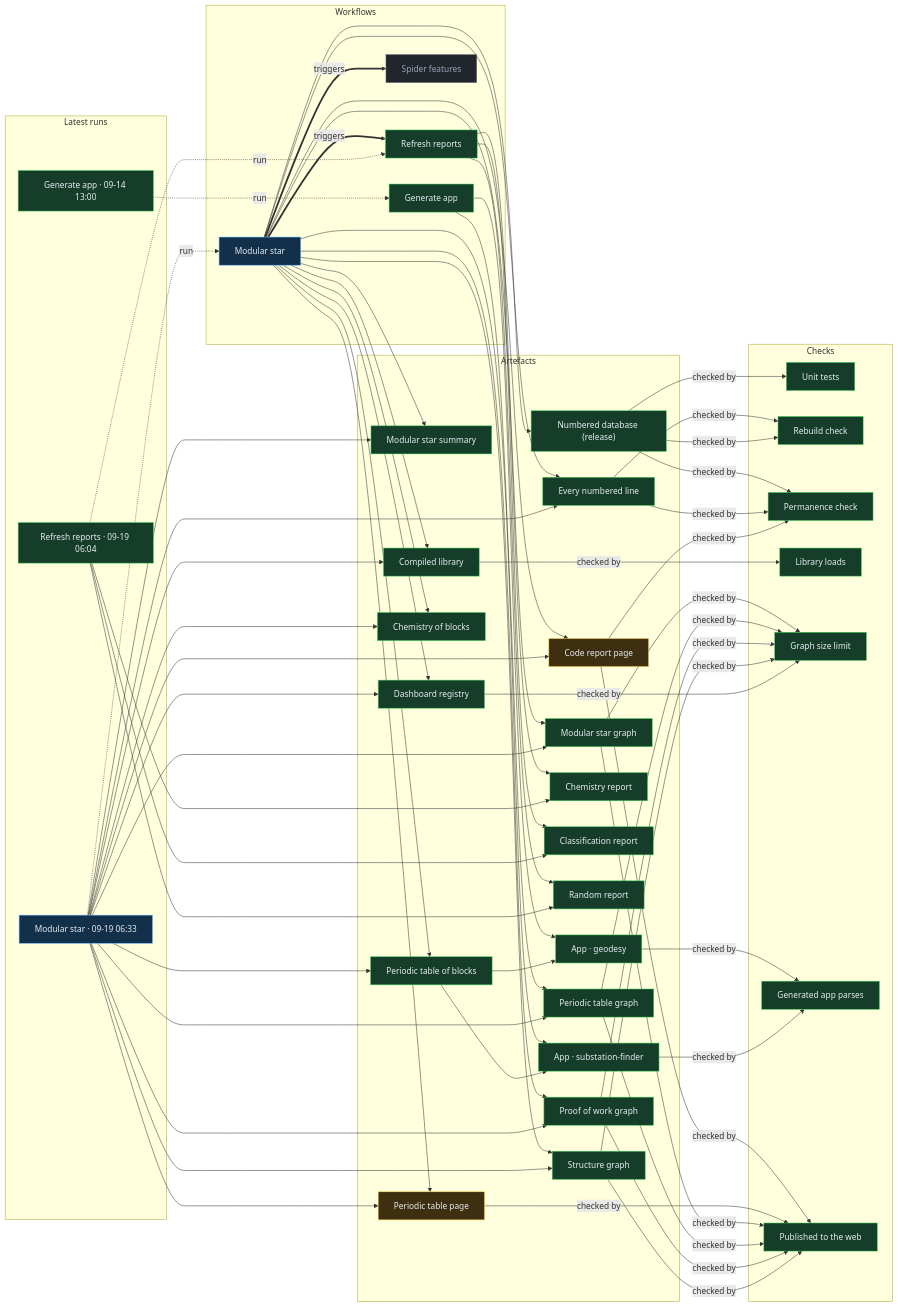
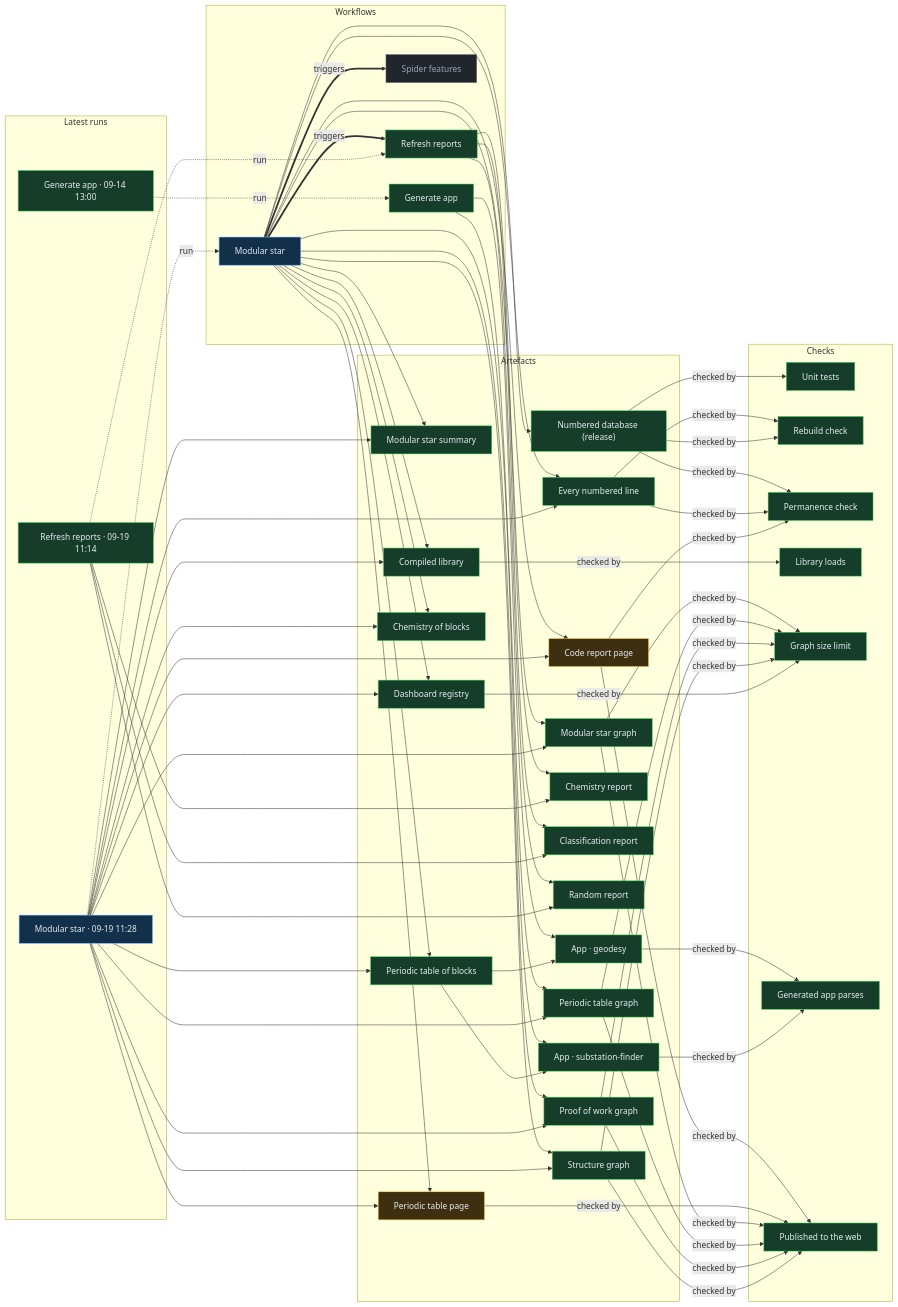
One commit to Ventusltd/stars changed the diagram in proof/PROOF.md. Above: the diagram before and after it, drawn with Mermaid. The commit also changed other lines of this file and 109 other files, not shown here.

Commit message:
Modular star 2026-09-19T11:30Z

```diff
--- a/proof/PROOF.md
+++ b/proof/PROOF.md
@@ -24,8 +24,8 @@
   n_wf_spider_features["Spider features"]:::off
   end
   subgraph g_runs["Latest runs"]
-  n_run_35426928807["Modular star · 09-19 06:33"]:::live
-  n_run_35425607266["Refresh reports · 09-19 06:04"]:::ok
+  n_run_35440219641["Modular star · 09-19 11:28"]:::live
+  n_run_35439552596["Refresh reports · 09-19 11:14"]:::ok
   n_run_34846587798["Generate app · 09-14 13:00"]:::ok
   end
   subgraph g_artefacts["Artefacts"]
@@ -59,39 +59,39 @@
   end
   n_wf_modular_star == triggers ==> n_wf_refresh
   n_wf_modular_star == triggers ==> n_wf_spider_features
-  n_run_35426928807 -. run .-> n_wf_modular_star
-  n_run_35425607266 -. run .-> n_wf_refresh
+  n_run_35440219641 -. run .-> n_wf_modular_star
+  n_run_35439552596 -. run .-> n_wf_refresh
   n_run_34846587798 -. run .-> n_wf_generate
   n_wf_modular_star --> n_art_summary
-  n_run_35426928807 --> n_art_summary
+  n_run_35440219641 --> n_art_summary
   n_wf_modular_star --> n_art_lines
-  n_run_35426928807 --> n_art_lines
+  n_run_35440219641 --> n_art_lines
   n_wf_modular_star --> n_art_code
-  n_run_35426928807 --> n_art_code
+  n_run_35440219641 --> n_art_code
   n_wf_modular_star --> n_art_modular_graph
-  n_run_35426928807 --> n_art_modular_graph
+  n_run_35440219641 --> n_art_modular_graph
   n_wf_modular_star --> n_art_blocks
-  n_run_35426928807 --> n_art_blocks
+  n_run_35440219641 --> n_art_blocks
   n_wf_modular_star --> n_art_table
-  n_run_35426928807 --> n_art_table
+  n_run_35440219641 --> n_art_table
   n_wf_modular_star --> n_art_blocks_graph
-  n_run_35426928807 --> n_art_blocks_graph
+  n_run_35440219641 --> n_art_blocks_graph
   n_wf_modular_star --> n_art_reactions
-  n_run_35426928807 --> n_art_reactions
+  n_run_35440219641 --> n_art_reactions
   n_wf_modular_star --> n_art_library
-  n_run_35426928807 --> n_art_library
+  n_run_35440219641 --> n_art_library
   n_wf_modular_star --> n_art_features
-  n_run_35426928807 --> n_art_features
+  n_run_35440219641 --> n_art_features
   n_wf_modular_star --> n_art_proof
-  n_run_35426928807 --> n_art_proof
+  n_run_35440219641 --> n_art_proof
   n_wf_modular_star --> n_art_structure
-  n_run_35426928807 --> n_art_structure
+  n_run_35440219641 --> n_art_structure
   n_wf_refresh --> n_art_chemistry
-  n_run_35425607266 --> n_art_chemistry
+  n_run_35439552596 --> n_art_chemistry
   n_wf_refresh --> n_art_vedic
-  n_run_35425607266 --> n_art_vedic
+  n_run_35439552596 --> n_art_vedic
   n_wf_refresh --> n_art_random
-  n_run_35425607266 --> n_art_random
+  n_run_35439552596 --> n_art_random
   n_wf_modular_star --> n_art_release
   n_wf_generate --> n_app_geodesy
   n_art_blocks --> n_app_geodesy
```
